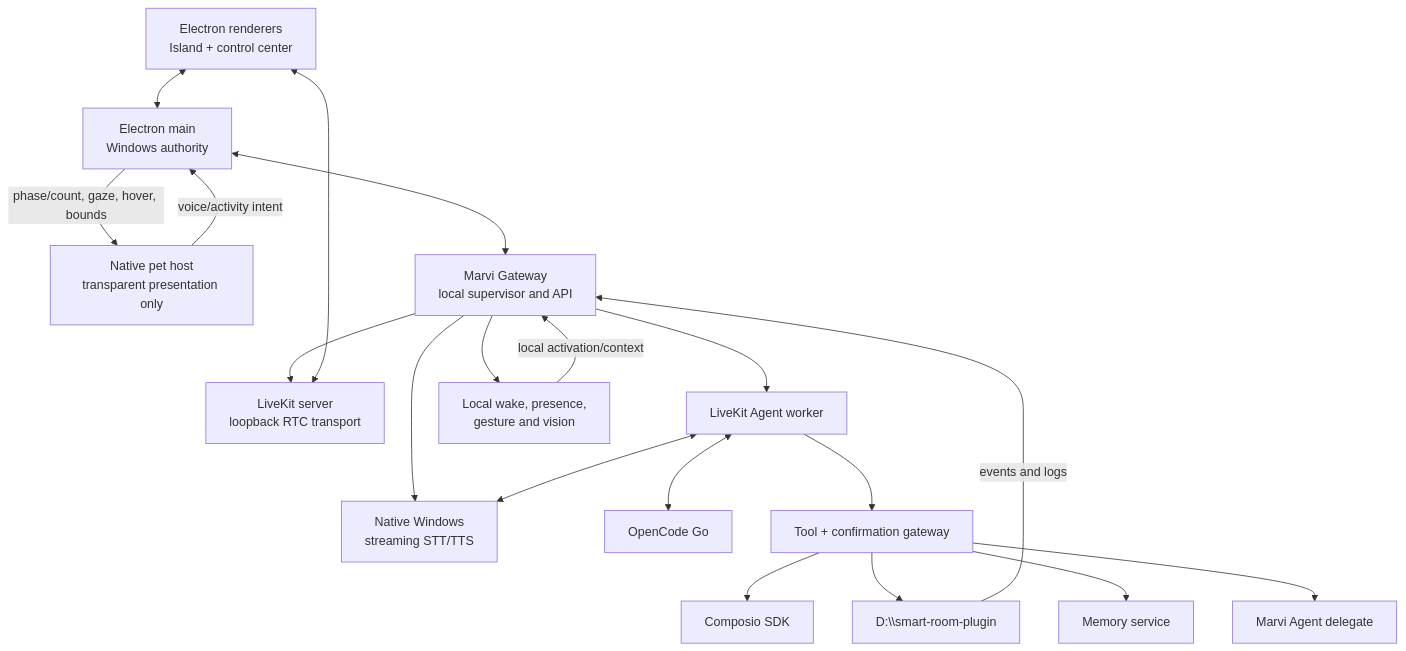
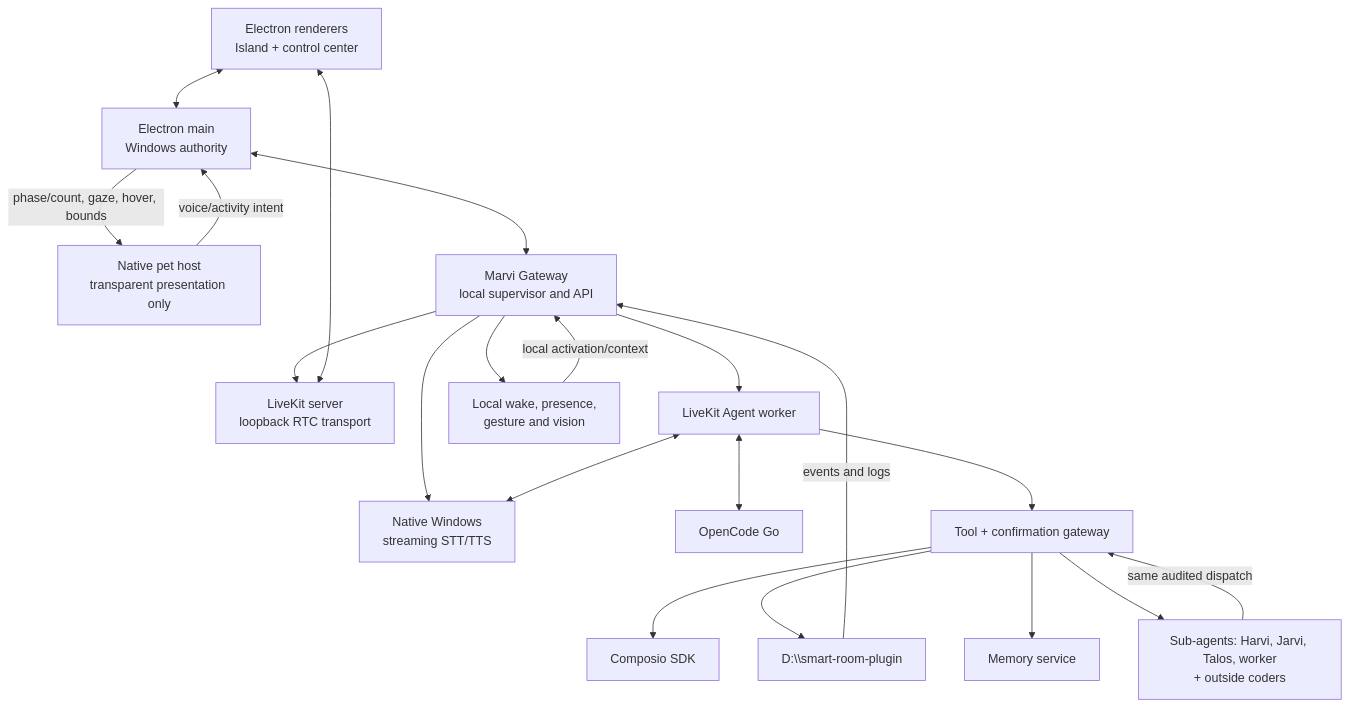
One commit to xRetr00/Marvi-OS changed the diagram in docs/ARCHITECTURE.md. Above: the diagram before and after it, drawn with Mermaid. The commit also changed other lines of this file and 10 other files, not shown here.

First line of the commit message:
feat: implement sub-agents Harvi, Jarvi, and Talos for multi-step tasks

````diff
--- a/docs/ARCHITECTURE.md
+++ b/docs/ARCHITECTURE.md
@@ -54,36 +64,37 @@
 ```mermaid
 flowchart TB
     UI["Electron renderers<br/>Island + control center"]
     Main["Electron main<br/>Windows authority"]
     Pet["Native pet host<br/>transparent presentation only"]
     Gateway["Marvi Gateway<br/>local supervisor and API"]
     LK["LiveKit server<br/>loopback RTC transport"]
     Agent["LiveKit Agent worker"]
     Voice["Native Windows<br/>streaming STT/TTS"]
     Sensors["Local wake, presence,<br/>gesture and vision"]
     LLM["OpenCode Go"]
     Tools["Tool + confirmation gateway"]
     Composio["Composio SDK"]
     Room["D:\\smart-room-plugin"]
     Memory["Memory service"]
-    Deep["Marvi Agent delegate"]
+    Deep["Sub-agents: Harvi, Jarvi, Talos, worker<br/>+ outside coders"]
 
     UI <--> Main
     Main -->|phase/count, gaze, hover, bounds| Pet
     Pet -->|voice/activity intent| Main
     Main <--> Gateway
     Gateway --> LK
     Gateway --> Agent
     Gateway --> Voice
     Gateway --> Sensors
     UI <--> LK
     Agent <--> Voice
     Agent <--> LLM
     Agent --> Tools
     Tools --> Composio
     Tools --> Room
     Tools --> Memory
     Tools --> Deep
+    Deep -->|same audited dispatch| Tools
     Room -->|events and logs| Gateway
     Sensors -->|local activation/context| Gateway
 ```
````
